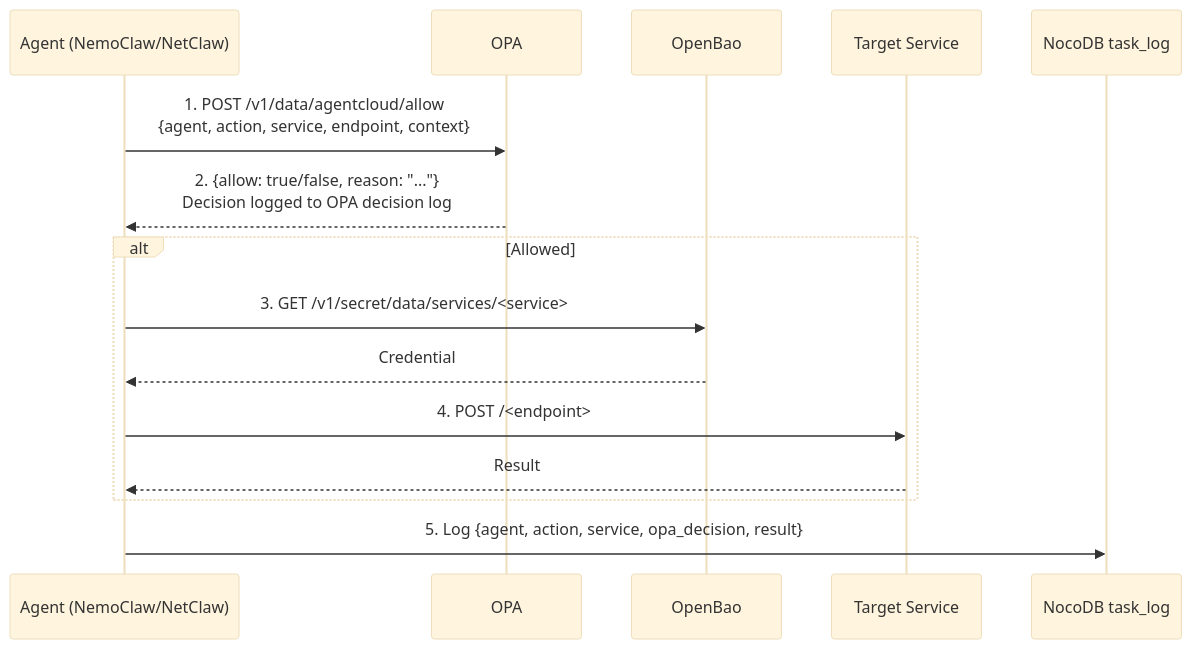
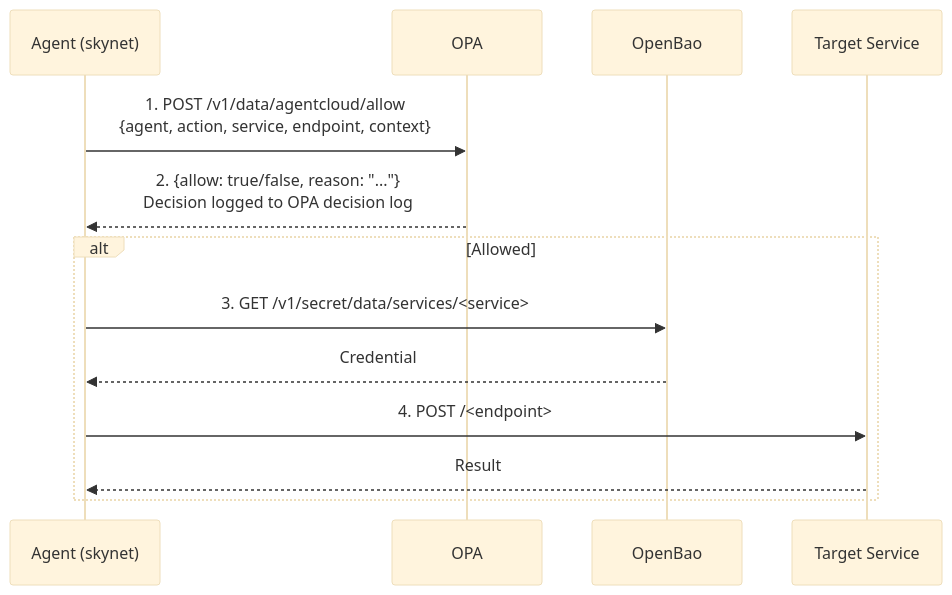
The second of 6 diagrams in plan/development/03-guardrails-governance.md (uhstray-io/agent-cloud), drawn with Mermaid (base theme) before and after one commit. The commit also changed other lines of this file and 16 other files, not shown here.

````diff
--- a/plan/development/03-guardrails-governance.md
+++ b/plan/development/03-guardrails-governance.md
@@ -97,18 +95,16 @@
 ```mermaid
 sequenceDiagram
-    participant Agent as Agent (NemoClaw/NetClaw)
+    participant Agent as Agent (skynet)
     participant OPA as OPA
     participant BAO as OpenBao
     participant SVC as Target Service
-    participant DB as NocoDB task_log
 
     Agent->>OPA: 1. POST /v1/data/agentcloud/allow<br/>{agent, action, service, endpoint, context}
     OPA-->>Agent: 2. {allow: true/false, reason: "..."}<br/>Decision logged to OPA decision log
     alt Allowed
         Agent->>BAO: 3. GET /v1/secret/data/services/<service>
         BAO-->>Agent: Credential
         Agent->>SVC: 4. POST /<endpoint>
         SVC-->>Agent: Result
     end
-    Agent->>DB: 5. Log {agent, action, service, opa_decision, result}
 ```
````
